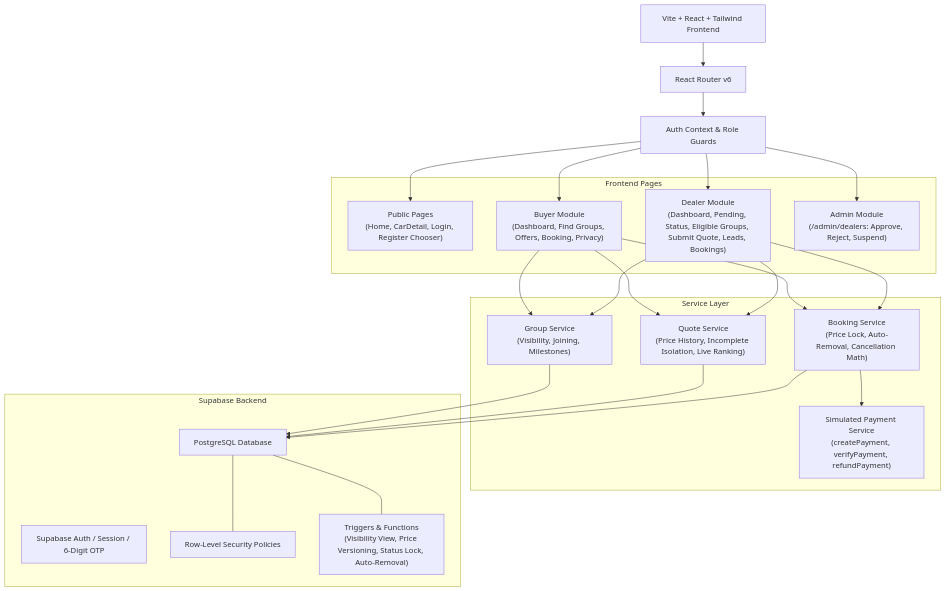
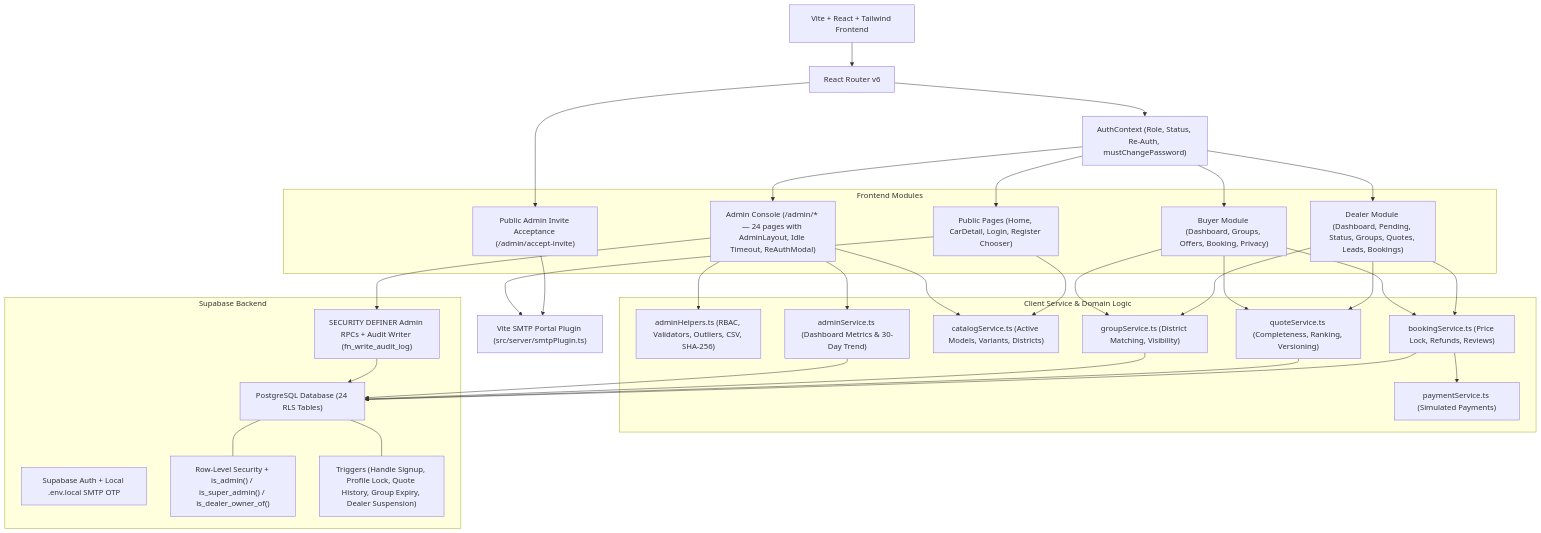
The diagram in docs/architecture.md (mokshithk/group-car-buying), drawn with Mermaid before and after one commit. The commit also changed other lines of this file and 48 other files, not shown here.

````diff
--- a/docs/architecture.md
+++ b/docs/architecture.md
@@ -11,49 +11,65 @@
 ```mermaid
 graph TD
     Client["Vite + React + Tailwind Frontend"]
     Router["React Router v6"]
-    AuthContext["Auth Context & Role Guards"]
-    
-    subgraph Frontend Pages
-        Public["Public Pages\n(Home, CarDetail, Login, Register Chooser)"]
-        Buyer["Buyer Module\n(Dashboard, Find Groups, Offers, Booking, Privacy)"]
-        Dealer["Dealer Module\n(Dashboard, Pending, Status, Eligible Groups, Submit Quote, Leads, Bookings)"]
-        Admin["Admin Module\n(/admin/dealers: Approve, Reject, Suspend)"]
+    AuthContext["AuthContext (Role, Status, Re-Auth, mustChangePassword)"]
+    SmtpPortal["Vite SMTP Portal Plugin (src/server/smtpPlugin.ts)"]
+
+    subgraph FrontendPages["Frontend Modules"]
+        Public["Public Pages (Home, CarDetail, Login, Register Chooser)"]
+        Buyer["Buyer Module (Dashboard, Groups, Offers, Booking, Privacy)"]
+        Dealer["Dealer Module (Dashboard, Pending, Status, Groups, Quotes, Leads, Bookings)"]
+        Admin["Admin Console (/admin/* — 24 pages with AdminLayout, Idle Timeout, ReAuthModal)"]
+        InvitePublic["Public Admin Invite Acceptance (/admin/accept-invite)"]
     end
 
-    subgraph Service Layer
-        GroupSvc["Group Service\n(Visibility, Joining, Milestones)"]
-        QuoteSvc["Quote Service\n(Price History, Incomplete Isolation, Live Ranking)"]
-        BookingSvc["Booking Service\n(Price Lock, Auto-Removal, Cancellation Math)"]
-        PaymentSvc["Simulated Payment Service\n(createPayment, verifyPayment, refundPayment)"]
+    subgraph ServiceLayer["Client Service & Domain Logic"]
+        AdminHelpers["adminHelpers.ts (RBAC, Validators, Outliers, CSV, SHA-256)"]
+        AdminSvc["adminService.ts (Dashboard Metrics & 30-Day Trend)"]
+        CatalogSvc["catalogService.ts (Active Models, Variants, Districts)"]
+        GroupSvc["groupService.ts (District Matching, Visibility)"]
+        QuoteSvc["quoteService.ts (Completeness, Ranking, Versioning)"]
+        BookingSvc["bookingService.ts (Price Lock, Refunds, Reviews)"]
+        PaymentSvc["paymentService.ts (Simulated Payments)"]
     end
 
-    subgraph Supabase Backend
-        Auth["Supabase Auth / Session / 6-Digit OTP"]
-        Postgres["PostgreSQL Database"]
-        RLS["Row-Level Security Policies"]
-        Triggers["Triggers & Functions\n(Visibility View, Price Versioning, Status Lock, Auto-Removal)"]
+    subgraph SupabaseBackend["Supabase Backend"]
+        Auth["Supabase Auth + Local .env.local SMTP OTP"]
+        Postgres["PostgreSQL Database (24 RLS Tables)"]
+        RLS["Row-Level Security + is_admin() / is_super_admin() / is_dealer_owner_of()"]
+        RPCs["SECURITY DEFINER Admin RPCs + Audit Writer (fn_write_audit_log)"]
+        Triggers["Triggers (Handle Signup, Profile Lock, Quote History, Group Expiry, Dealer Suspension)"]
     end
 
     Client --> Router
     Router --> AuthContext
     AuthContext --> Public
     AuthContext --> Buyer
     AuthContext --> Dealer
     AuthContext --> Admin
-    
+    Router --> InvitePublic
+
+    Public --> SmtpPortal
+    InvitePublic --> SmtpPortal
+
+    Admin --> AdminHelpers
+    Admin --> AdminSvc
+    Admin --> CatalogSvc
+    Public --> CatalogSvc
     Buyer --> GroupSvc
     Buyer --> QuoteSvc
     Buyer --> BookingSvc
     BookingSvc --> PaymentSvc
-    
     Dealer --> GroupSvc
     Dealer --> QuoteSvc
     Dealer --> BookingSvc
-    
+
+    AdminSvc --> Postgres
+    Admin --> RPCs
+    RPCs --> Postgres
     GroupSvc --> Postgres
     QuoteSvc --> Postgres
     BookingSvc --> Postgres
     Postgres --- RLS
     Postgres --- Triggers
 ```
````
